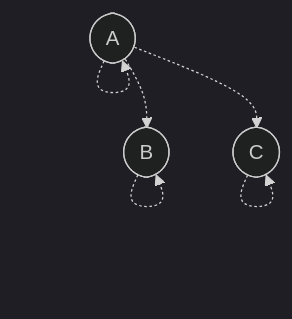
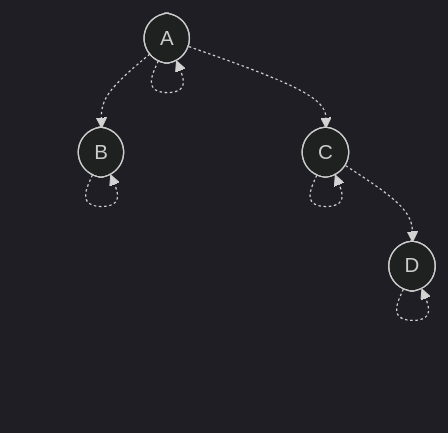
Before and after one commit to stepchowfun/proofs: the fourth of 9 diagrams in proofs/AdmissibilityGraph/README.md, drawn with Mermaid (dark theme). The commit also changed other lines of this file, not shown here.

Commit message:
Replace the examples in the admissibility graph development

````diff
--- a/proofs/AdmissibilityGraph/README.md
+++ b/proofs/AdmissibilityGraph/README.md
@@ -93,12 +91,16 @@
 ```mermaid
 flowchart TD
   a([A])
   b([B])
   c([C])
+  d([D])
 
   a -.-> a
   b -.-> b
   c -.-> c
+  d -.-> d
+
   a -.-> b
   a -.-> c
+  c -.-> d
 ```
````
